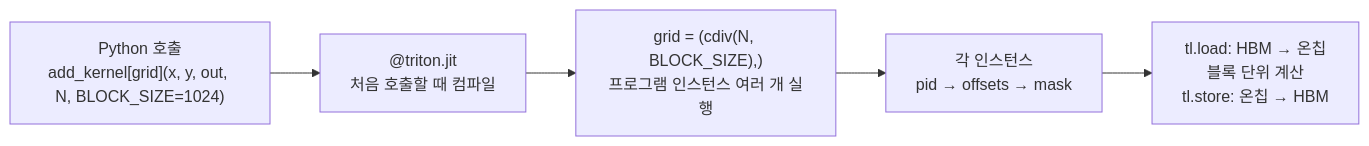
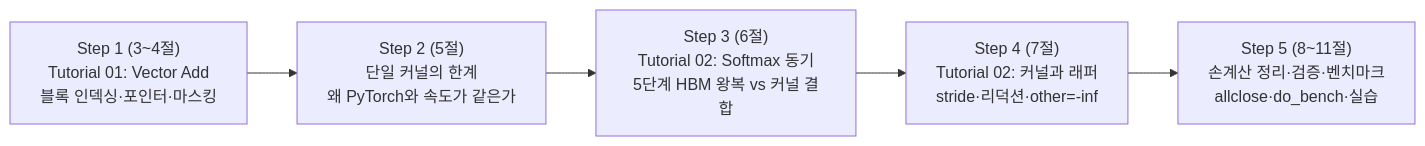
One commit to legato-user-group/tensor2silicon-lab changed the first of 5 diagrams in week06/yblee.md. Above: the diagram before and after it, drawn with Mermaid. The commit also changed other lines of this file, not shown here.

````diff
--- a/week06/yblee.md
+++ b/week06/yblee.md
@@ -46,7 +52,7 @@
 ```mermaid
 flowchart LR
-    PY["Python 호출<br/>add_kernel[grid](x, y, out, N, BLOCK_SIZE=1024)"] --> JIT["@triton.jit<br/>처음 호출할 때 컴파일"]
-    JIT --> GRID["grid = (cdiv(N, BLOCK_SIZE),)<br/>프로그램 인스턴스 여러 개 실행"]
-    GRID --> PROG["각 인스턴스<br/>pid → offsets → mask"]
-    PROG --> MEM["tl.load: HBM → 온칩<br/>블록 단위 계산<br/>tl.store: 온칩 → HBM"]
+    S1["Step 1 (3~4절)<br/>Tutorial 01: Vector Add<br/>블록 인덱싱·포인터·마스킹"] --> S2["Step 2 (5절)<br/>단일 커널의 한계<br/>왜 PyTorch와 속도가 같은가"]
+    S2 --> S3["Step 3 (6절)<br/>Tutorial 02: Softmax 동기<br/>5단계 HBM 왕복 vs 커널 결합"]
+    S3 --> S4["Step 4 (7절)<br/>Tutorial 02: 커널과 래퍼<br/>stride·리덕션·other=-inf"]
+    S4 --> S5["Step 5 (8~11절)<br/>손계산 정리·검증·벤치마크<br/>allclose·do_bench·실습"]
 ```
````
